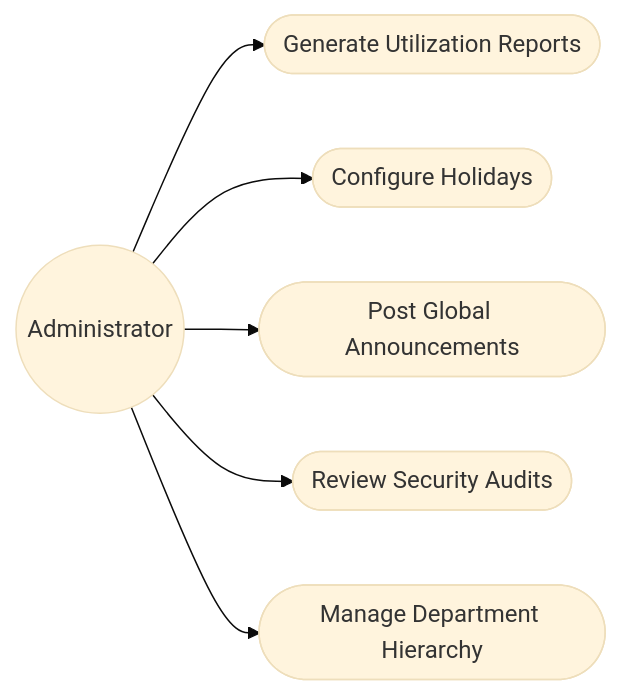
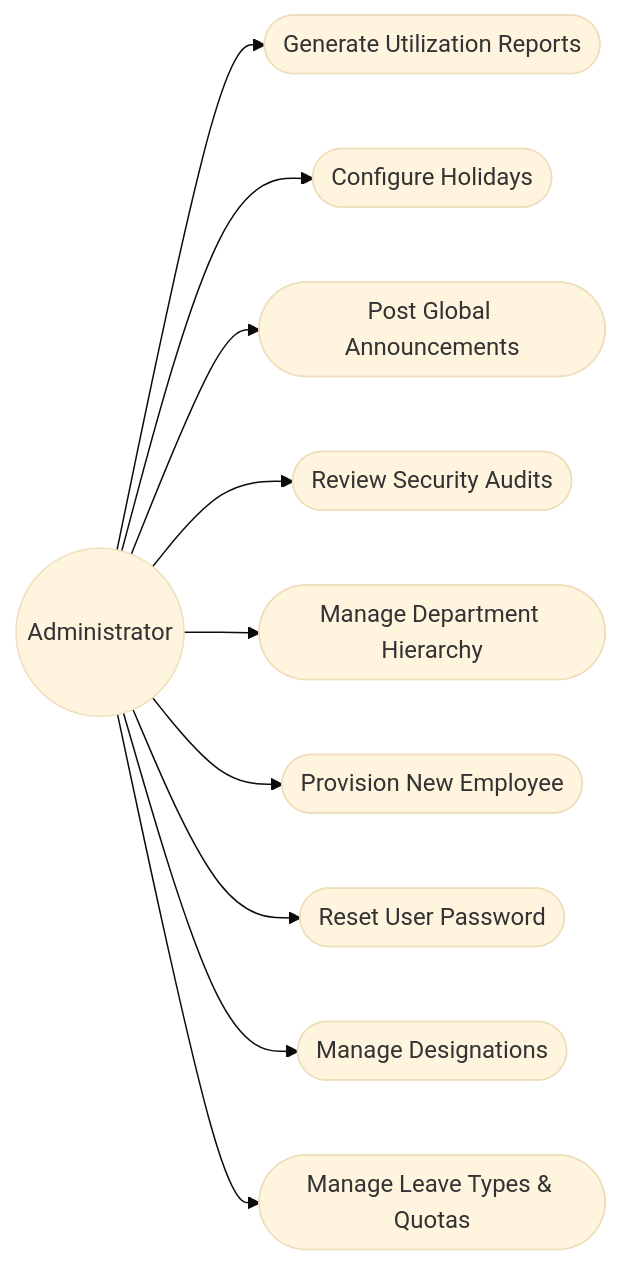
Before and after one commit to RevWorkForce-PES/P2-RevWorkForce: the fifth of 5 diagrams in docs/Usecase_diagram.md, drawn with Mermaid (base theme). The commit also changed 4 other files, not shown here.

First line of the commit message:
docs: add admin operations and fix mermaid syntax errors

````diff
--- a/docs/Usecase_diagram.md
+++ b/docs/Usecase_diagram.md
@@ -126,16 +126,24 @@
 ```mermaid
 flowchart LR
     Adm((Administrator))
     
     A1([Generate Utilization Reports])
     A2([Configure Holidays])
     A3([Post Global Announcements])
     A4([Review Security Audits])
     A5([Manage Department Hierarchy])
+    A6([Provision New Employee])
+    A7([Reset User Password])
+    A8([Manage Designations])
+    A9([Manage Leave Types & Quotas])
     
     Adm --> A1
     Adm --> A2
     Adm --> A3
     Adm --> A4
     Adm --> A5
+    Adm --> A6
+    Adm --> A7
+    Adm --> A8
+    Adm --> A9
 ```
````
